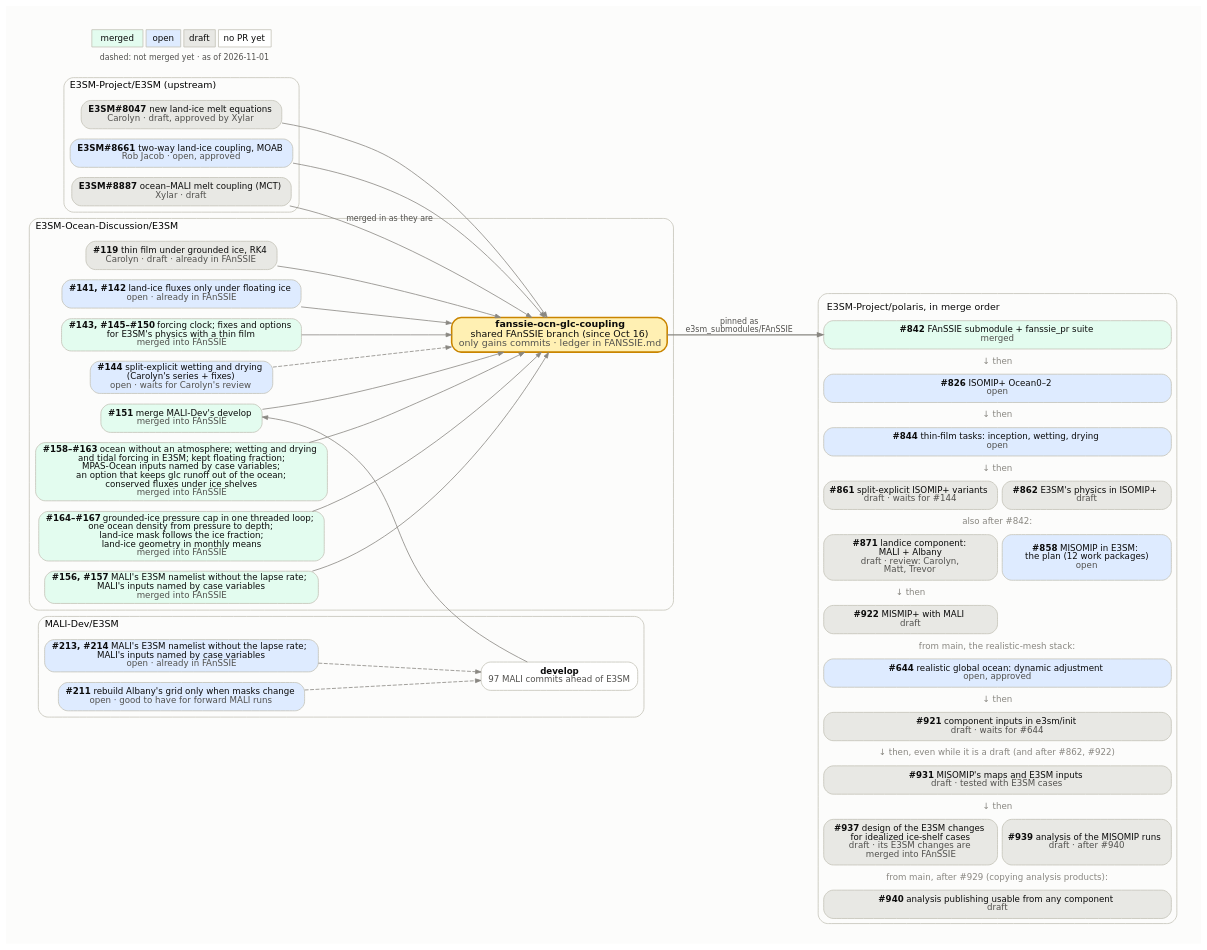
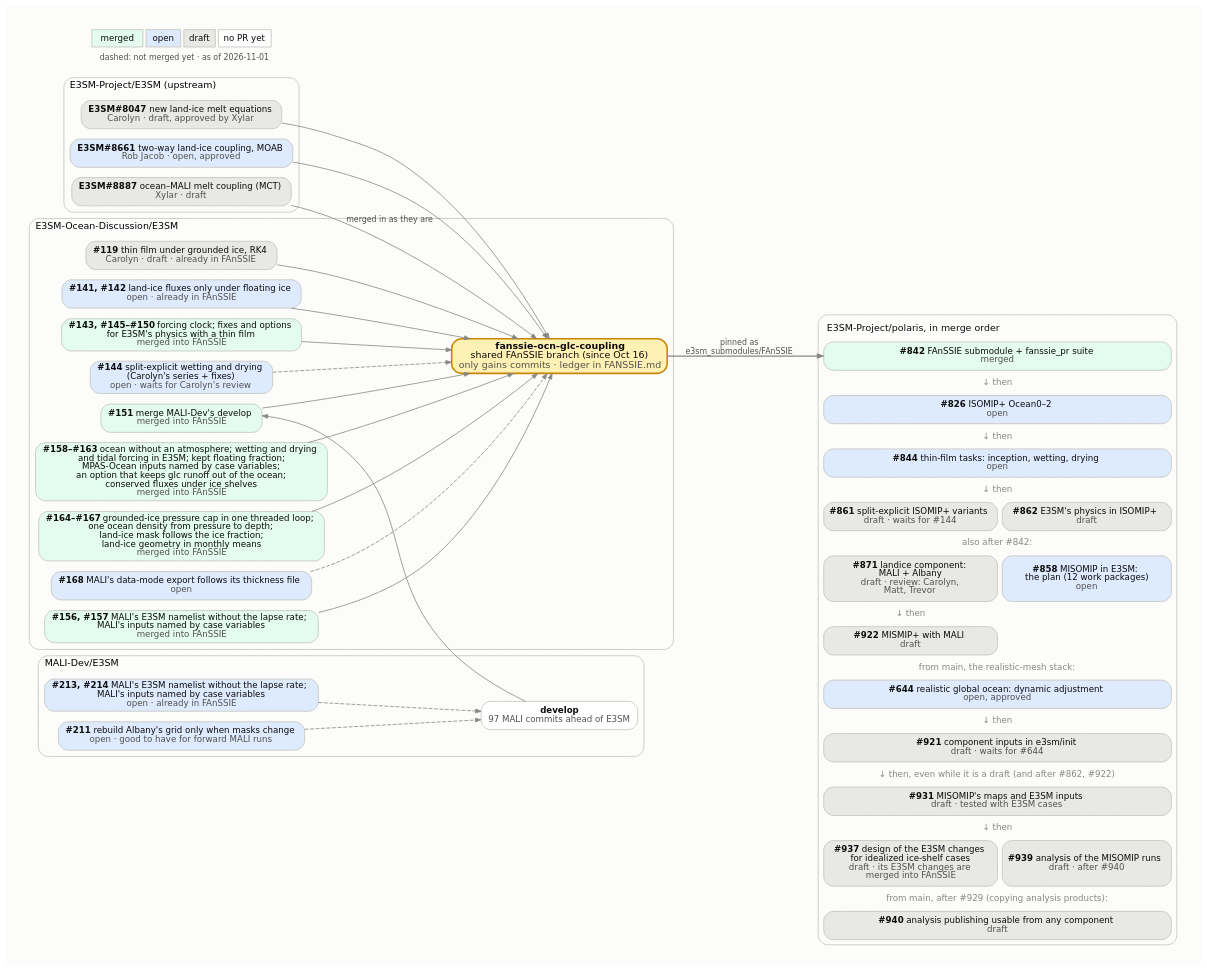
Before and after one commit to E3SM-Project/polaris: the diagram in docs/design_docs/misomip/code_flow.dot, drawn with Graphviz. The commit also changed 3 other files, not shown here.

Commit message:
Show the MALI data-mode pull request in the MISOMIP figures

```diff
--- a/docs/design_docs/misomip/code_flow.dot
+++ b/docs/design_docs/misomip/code_flow.dot
@@ -1,107 +1,109 @@
 // How the upstream E3SM PRs, the E3SM-Ocean-Discussion PRs, the
 // fanssie-ocn-glc-coupling branch and the Polaris PRs fit together.
 //
 // Regenerate with Graphviz 14 (Chrysalis's /usr/bin/dot 2.40 lays it out
 // wider), with the text drawn as paths so it looks the same everywhere:
 //
 //     pixi exec -s graphviz dot -Tsvg:cairo code_flow.dot -o code_flow.svg
 //
 // Fill by state: merged #e3fcef, open #deebff, draft #e8e8e4, no PR yet
 // #ffffff. Dashed edges into the FAnSSIE branch mark PRs not merged into it
 // yet. The Polaris side is one HTML-table node, in merge order, because
 // Graphviz would not keep separate boxes in that order. Update the date in
 // the legend.
 digraph fanssie {
   rankdir=LR;
   bgcolor="#fcfcfb";
   pad=0.3;
   nodesep=0.18;
   ranksep=0.7;
   fontname="DejaVu Sans";
   node [shape=box, style="rounded,filled", fontname="DejaVu Sans",
         fontsize=11, color="#c3c2b7", fontcolor="#0b0b0b", penwidth=1,
         margin="0.12,0.06"];
   edge [color="#898781", arrowsize=0.7, fontname="DejaVu Sans",
         fontsize=10, fontcolor="#52514e"];
 
   subgraph cluster_upstream {
     label="E3SM-Project/E3SM (upstream)";
     labeljust=l; fontsize=12; color="#c3c2b7"; style="rounded";
     e8047 [label=<<b>E3SM#8047</b>  new land-ice melt equations<br/><font color="#52514e">Carolyn · draft, approved by Xylar</font>>, fillcolor="#e8e8e4"];
     e8661 [label=<<b>E3SM#8661</b>  two-way land-ice coupling, MOAB<br/><font color="#52514e">Rob Jacob · open, approved</font>>, fillcolor="#deebff"];
     e8887 [label=<<b>E3SM#8887</b>  ocean–MALI melt coupling (MCT)<br/><font color="#52514e">Xylar · draft</font>>, fillcolor="#e8e8e4"];
   }
 
   subgraph cluster_malidev {
     label="MALI-Dev/E3SM";
     labeljust=l; fontsize=12; color="#c3c2b7"; style="rounded";
     malidev [label=<<b>develop</b><br/><font color="#52514e">97 MALI commits ahead of E3SM</font>>, fillcolor="#ffffff"];
     m213 [label=<<b>#213, #214</b>  MALI's E3SM namelist without the lapse rate;<br/>MALI's inputs named by case variables<br/><font color="#52514e">open · already in FAnSSIE</font>>, fillcolor="#deebff"];
     m211 [label=<<b>#211</b>  rebuild Albany's grid only when masks change<br/><font color="#52514e">open · good to have for forward MALI runs</font>>, fillcolor="#deebff"];
   }
 
   subgraph cluster_eod {
     label="E3SM-Ocean-Discussion/E3SM";
     labeljust=l; fontsize=12; color="#c3c2b7"; style="rounded";
     d119 [label=<<b>#119</b>  thin film under grounded ice, RK4<br/><font color="#52514e">Carolyn · draft · already in FAnSSIE</font>>, fillcolor="#e8e8e4"];
     d141 [label=<<b>#141, #142</b>  land-ice fluxes only under floating ice<br/><font color="#52514e">open · already in FAnSSIE</font>>, fillcolor="#deebff"];
     d143 [label=<<b>#143, #145–#150</b>  forcing clock; fixes and options<br/>for E3SM's physics with a thin film<br/><font color="#52514e">merged into FAnSSIE</font>>, fillcolor="#e3fcef"];
     d144 [label=<<b>#144</b>  split-explicit wetting and drying<br/>(Carolyn's series + fixes)<br/><font color="#52514e">open · waits for Carolyn's review</font>>, fillcolor="#deebff"];
     d151 [label=<<b>#151</b>  merge MALI-Dev's develop<br/><font color="#52514e">merged into FAnSSIE</font>>, fillcolor="#e3fcef"];
     d158 [label=<<b>#158–#163</b>  ocean without an atmosphere; wetting and drying<br/>and tidal forcing in E3SM; kept floating fraction;<br/>MPAS-Ocean inputs named by case variables;<br/>an option that keeps glc runoff out of the ocean;<br/>conserved fluxes under ice shelves<br/><font color="#52514e">merged into FAnSSIE</font>>, fillcolor="#e3fcef"];
     d164 [label=<<b>#164–#167</b>  grounded-ice pressure cap in one threaded loop;<br/>one ocean density from pressure to depth;<br/>land-ice mask follows the ice fraction;<br/>land-ice geometry in monthly means<br/><font color="#52514e">merged into FAnSSIE</font>>, fillcolor="#e3fcef"];
+    d168 [label=<<b>#168</b>  MALI's data-mode export follows its thickness file<br/><font color="#52514e">open</font>>, fillcolor="#deebff"];
     d156 [label=<<b>#156, #157</b>  MALI's E3SM namelist without the lapse rate;<br/>MALI's inputs named by case variables<br/><font color="#52514e">merged into FAnSSIE</font>>, fillcolor="#e3fcef"];
     fanssie [label=<<b>fanssie-ocn-glc-coupling</b><br/>shared FAnSSIE branch (since Oct 16)<br/><font color="#52514e">only gains commits · ledger in FANSSIE.md</font>>,
              fillcolor="#fff0b3", penwidth=2, color="#c98500", fontsize=12];
   }
 
   polaris [shape=plaintext, style="", label=<
     <table border="1" color="#c3c2b7" style="rounded" cellborder="1" cellspacing="6" cellpadding="4" bgcolor="#fcfcfb">
       <tr><td border="0" colspan="2" align="left"><font point-size="12">E3SM-Project/polaris, in merge order</font></td></tr>
       <tr><td port="p842" bgcolor="#e3fcef" colspan="2" style="rounded" cellpadding="6"><b>#842</b>  FAnSSIE submodule + fanssie_pr suite<br/><font color="#52514e">merged</font></td></tr>
       <tr><td border="0" colspan="2"><font color="#898781">↓ then</font></td></tr>
       <tr><td port="p826" bgcolor="#deebff" colspan="2" style="rounded" cellpadding="6"><b>#826</b>  ISOMIP+ Ocean0–2<br/><font color="#52514e">open</font></td></tr>
       <tr><td border="0" colspan="2"><font color="#898781">↓ then</font></td></tr>
       <tr><td port="p844" bgcolor="#deebff" colspan="2" style="rounded" cellpadding="6"><b>#844</b>  thin-film tasks: inception, wetting, drying<br/><font color="#52514e">open</font></td></tr>
       <tr><td border="0" colspan="2"><font color="#898781">↓ then</font></td></tr>
       <tr><td port="p861" bgcolor="#e8e8e4" colspan="1" style="rounded" cellpadding="6"><b>#861</b>  split-explicit ISOMIP+ variants<br/><font color="#52514e">draft · waits for #144</font></td><td port="p862" bgcolor="#e8e8e4" colspan="1" style="rounded" cellpadding="6"><b>#862</b>  E3SM's physics in ISOMIP+<br/><font color="#52514e">draft</font></td></tr>
       <tr><td border="0" colspan="2"><font color="#898781">also after #842:</font></td></tr>
       <tr><td port="p871" bgcolor="#e8e8e4" colspan="1" style="rounded" cellpadding="6"><b>#871</b>  landice component:<br/>MALI + Albany<br/><font color="#52514e">draft · review: Carolyn,<br/>Matt, Trevor</font></td><td port="p858" bgcolor="#deebff" colspan="1" style="rounded" cellpadding="6"><b>#858</b>  MISOMIP in E3SM:<br/>the plan (12 work packages)<br/><font color="#52514e">open</font></td></tr>
       <tr><td border="0" colspan="1"><font color="#898781">↓ then</font></td><td border="0" colspan="1"></td></tr>
       <tr><td port="p922" bgcolor="#e8e8e4" colspan="1" style="rounded" cellpadding="6"><b>#922</b>  MISMIP+ with MALI<br/><font color="#52514e">draft</font></td><td border="0" colspan="1"></td></tr>
       <tr><td border="0" colspan="2"><font color="#898781">from main, the realistic-mesh stack:</font></td></tr>
       <tr><td port="p644" bgcolor="#deebff" colspan="2" style="rounded" cellpadding="6"><b>#644</b>  realistic global ocean: dynamic adjustment<br/><font color="#52514e">open, approved</font></td></tr>
       <tr><td border="0" colspan="2"><font color="#898781">↓ then</font></td></tr>
       <tr><td port="p921" bgcolor="#e8e8e4" colspan="2" style="rounded" cellpadding="6"><b>#921</b>  component inputs in e3sm/init<br/><font color="#52514e">draft · waits for #644</font></td></tr>
       <tr><td border="0" colspan="2"><font color="#898781">↓ then, even while it is a draft (and after #862, #922)</font></td></tr>
       <tr><td port="pwp56" bgcolor="#e8e8e4" colspan="2" style="rounded" cellpadding="6"><b>#931</b>  MISOMIP's maps and E3SM inputs<br/><font color="#52514e">draft · tested with E3SM cases</font></td></tr>
       <tr><td border="0" colspan="2"><font color="#898781">↓ then</font></td></tr>
       <tr><td port="pwp7" bgcolor="#e8e8e4" colspan="1" style="rounded" cellpadding="6"><b>#937</b>  design of the E3SM changes<br/>for idealized ice-shelf cases<br/><font color="#52514e">draft · its E3SM changes are<br/>merged into FAnSSIE</font></td><td port="pwp9" bgcolor="#e8e8e4" colspan="1" style="rounded" cellpadding="6"><b>#939</b>  analysis of the MISOMIP runs<br/><font color="#52514e">draft · after #940</font></td></tr>
       <tr><td border="0" colspan="2"><font color="#898781">from main, after #929 (copying analysis products):</font></td></tr>
       <tr><td port="p940" bgcolor="#e8e8e4" colspan="2" style="rounded" cellpadding="6"><b>#940</b>  analysis publishing usable from any component<br/><font color="#52514e">draft</font></td></tr>
     </table>>];
 
   e8047 -> fanssie;
   e8661 -> fanssie;
   e8887 -> fanssie [label="merged in as they are"];
   d119 -> fanssie;
   d141 -> fanssie;
   d143 -> fanssie;
   d144 -> fanssie [style=dashed];
   m211 -> malidev [style=dashed];
   m213 -> malidev [style=dashed];
   d156 -> fanssie;
   d158 -> fanssie;
   d164 -> fanssie;
+  d168 -> fanssie [style=dashed];
   malidev -> d151 [constraint=false];
   d151 -> fanssie;
 
   fanssie -> polaris:p842 [label="pinned as
 e3sm_submodules/FAnSSIE", penwidth=1.5];
 
   legend [shape=plaintext, style="", label=<
     <table border="0" cellborder="1" cellspacing="4" cellpadding="4" color="#c3c2b7">
       <tr><td bgcolor="#e3fcef">merged</td><td bgcolor="#deebff">open</td><td bgcolor="#e8e8e4">draft</td><td bgcolor="#ffffff">no PR yet</td></tr>
       <tr><td colspan="4" border="0"><font point-size="10" color="#52514e">dashed: not merged yet · as of 2026-11-01</font></td></tr>
     </table>>];
 }
```
